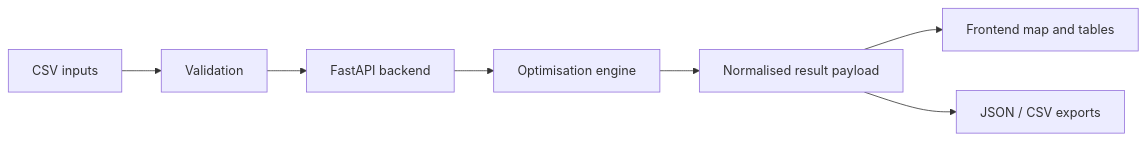
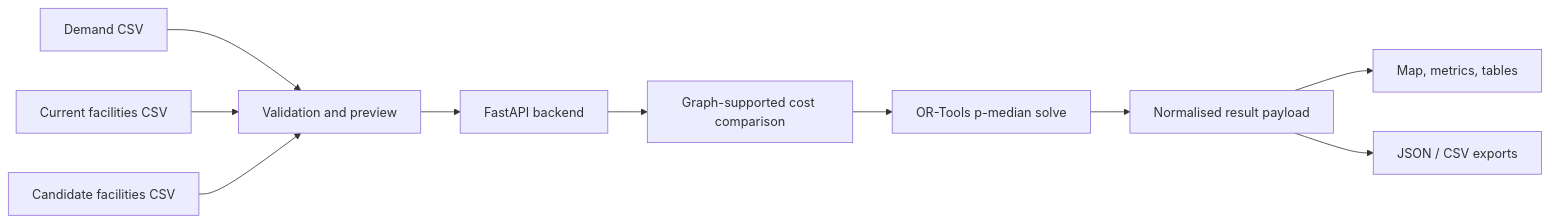
The diagram in README.md (dvp2004/GeoOps-Studio), drawn with Mermaid before and after one commit. The commit also changed other lines of this file, not shown here.

````diff
--- a/README.md
+++ b/README.md
@@ -149,9 +48,12 @@
 ```mermaid
 flowchart LR
-    A[CSV inputs] --> B[Validation]
-    B --> C[FastAPI backend]
-    C --> D[Optimisation engine]
-    D --> E[Normalised result payload]
-    E --> F[Frontend map and tables]
-    E --> G[JSON / CSV exports]
+    A[Demand CSV] --> D[Validation and preview]
+    B[Current facilities CSV] --> D
+    C[Candidate facilities CSV] --> D
+    D --> E[FastAPI backend]
+    E --> F[Graph-supported cost comparison]
+    F --> G[OR-Tools p-median solve]
+    G --> H[Normalised result payload]
+    H --> I[Map, metrics, tables]
+    H --> J[JSON / CSV exports]
 ```
````
